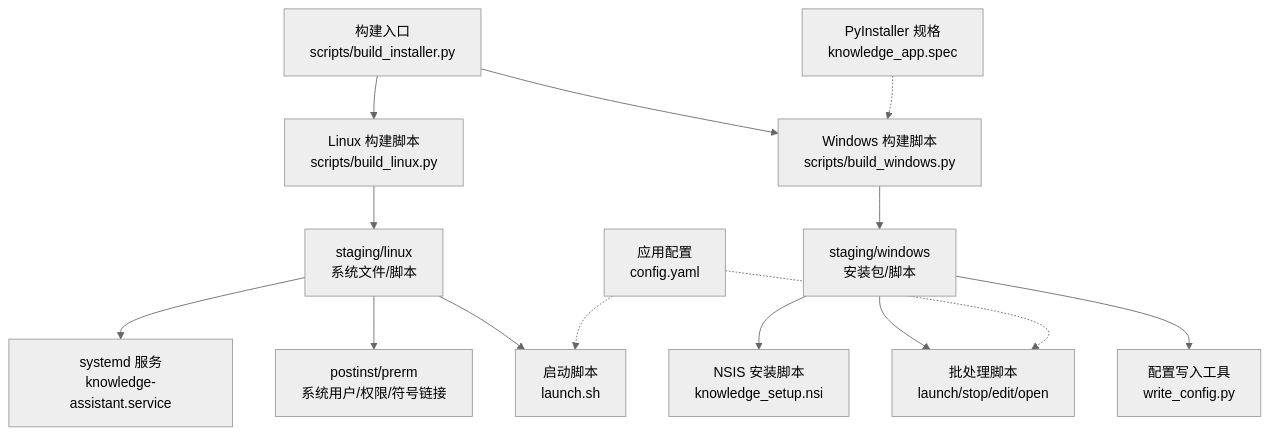
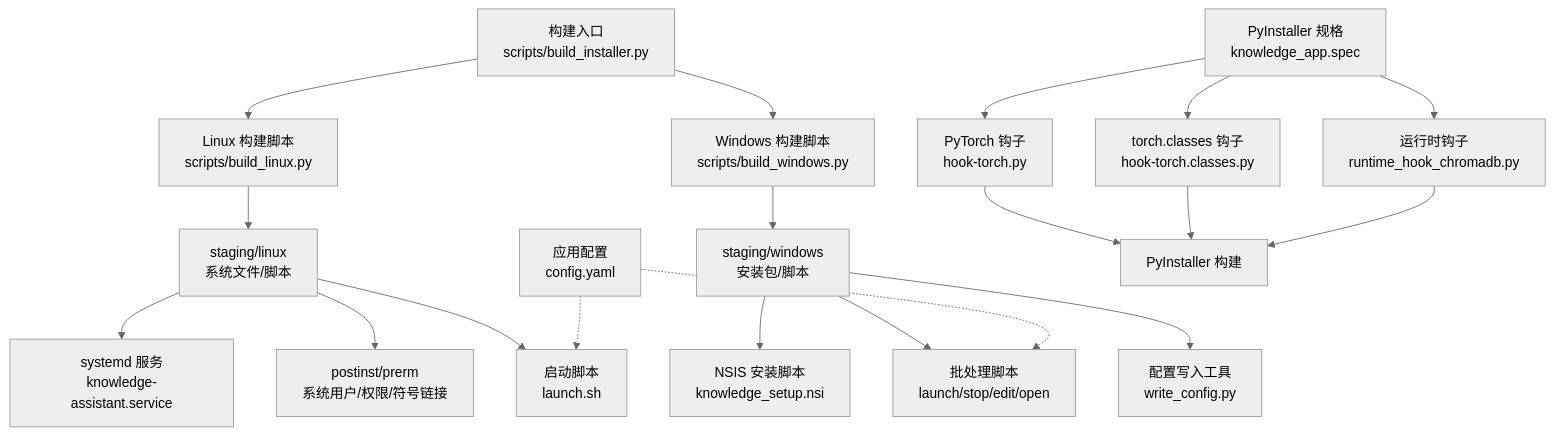
Before and after one commit to joyafa/knowledge: the first of 6 diagrams in .qoder/repowiki/zh/content/部署与运维/安装部署脚本/安装部署脚本.md, drawn with Mermaid (neutral theme). The commit also changed other lines of this file and 14 other files, not shown here.

````diff
--- a/.qoder/repowiki/zh/content/部署与运维/安装部署脚本/安装部署脚本.md
+++ b/.qoder/repowiki/zh/content/部署与运维/安装部署脚本/安装部署脚本.md
@@ -64,16 +67,21 @@
 ```mermaid
 graph TB
 A["构建入口<br/>scripts/build_installer.py"] --> B["Linux 构建脚本<br/>scripts/build_linux.py"]
 A --> C["Windows 构建脚本<br/>scripts/build_windows.py"]
 B --> D["staging/linux<br/>系统文件/脚本"]
 C --> E["staging/windows<br/>安装包/脚本"]
 D --> F["systemd 服务<br/>knowledge-assistant.service"]
 D --> G["postinst/prerm<br/>系统用户/权限/符号链接"]
 D --> H["启动脚本<br/>launch.sh"]
 E --> I["NSIS 安装脚本<br/>knowledge_setup.nsi"]
 E --> J["批处理脚本<br/>launch/stop/edit/open"]
 E --> K["配置写入工具<br/>write_config.py"]
 L["应用配置<br/>config.yaml"] -.-> H
 L -.-> J
-M["PyInstaller 规格<br/>knowledge_app.spec"] -.-> C
+M["PyInstaller 规格<br/>knowledge_app.spec"] --> N["PyTorch 钩子<br/>hook-torch.py"]
+M --> O["torch.classes 钩子<br/>hook-torch.classes.py"]
+M --> P["运行时钩子<br/>runtime_hook_chromadb.py"]
+N --> Q["PyInstaller 构建"]
+O --> Q
+P --> Q
 ```
````
